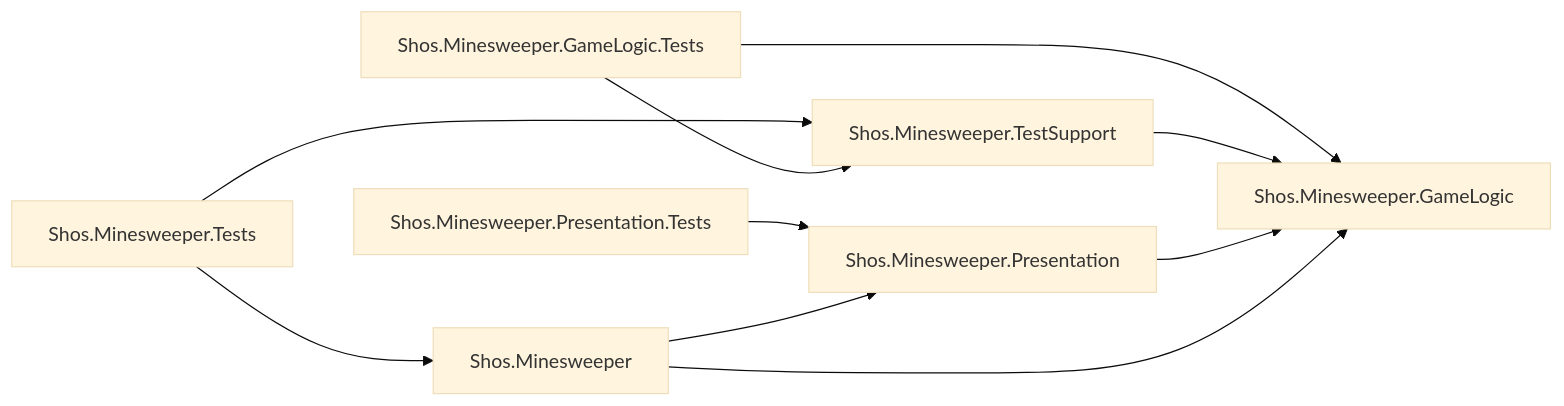
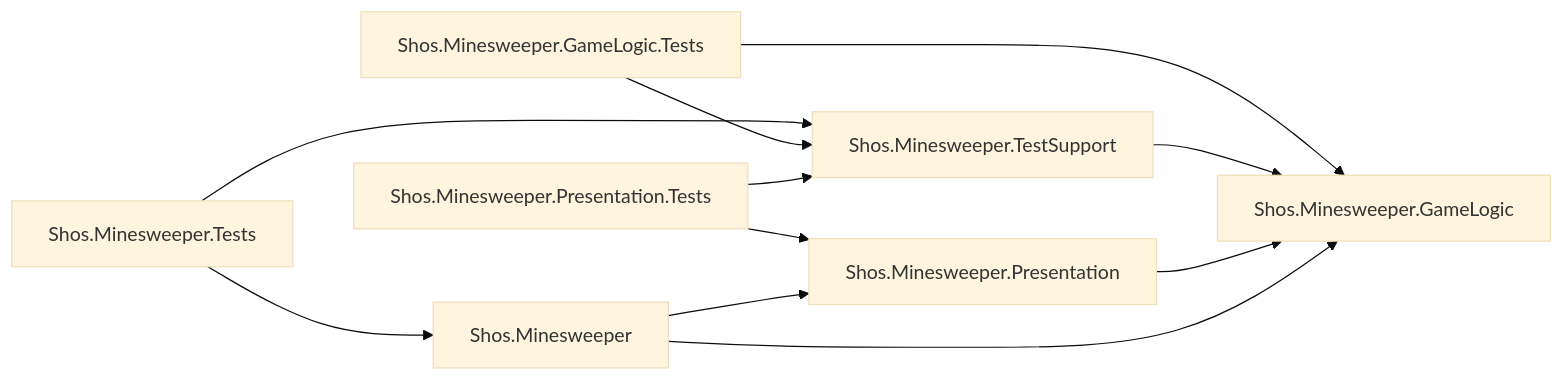
One commit to Fujiwo/Shos.Minesweeper changed the second of 12 diagrams in docs/04-architecture.md. Above: the diagram before and after it, drawn with Mermaid (base theme). The commit also changed other lines of this file and 3 other files, not shown here.

Commit message:
docs: Update progress for version 1.1.0, reflecting changes in class design and architecture review

````diff
--- a/docs/04-architecture.md
+++ b/docs/04-architecture.md
@@ -123,12 +123,13 @@
 ```mermaid
 flowchart LR
     Tests["Shos.Minesweeper.Tests"] --> AppProject["Shos.Minesweeper"]
     Tests --> TestSupport["Shos.Minesweeper.TestSupport"]
     GameLogicTests["Shos.Minesweeper.GameLogic.Tests"] --> GameLogic["Shos.Minesweeper.GameLogic"]
     GameLogicTests --> TestSupport
     TestSupport --> GameLogic
     PresentationTests["Shos.Minesweeper.Presentation.Tests"] --> Presentation["Shos.Minesweeper.Presentation"]
+    PresentationTests --> TestSupport
     AppProject --> Presentation
     Presentation --> GameLogic
     AppProject --> GameLogic
 ```
````
